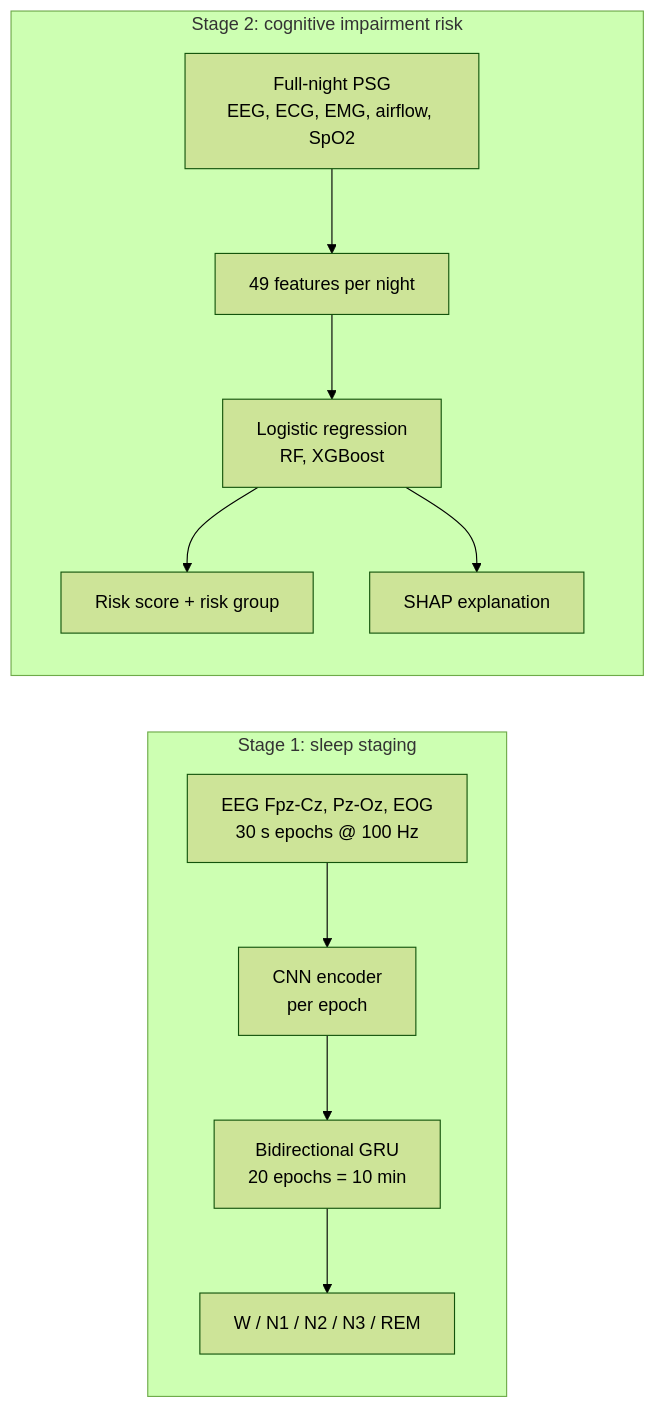
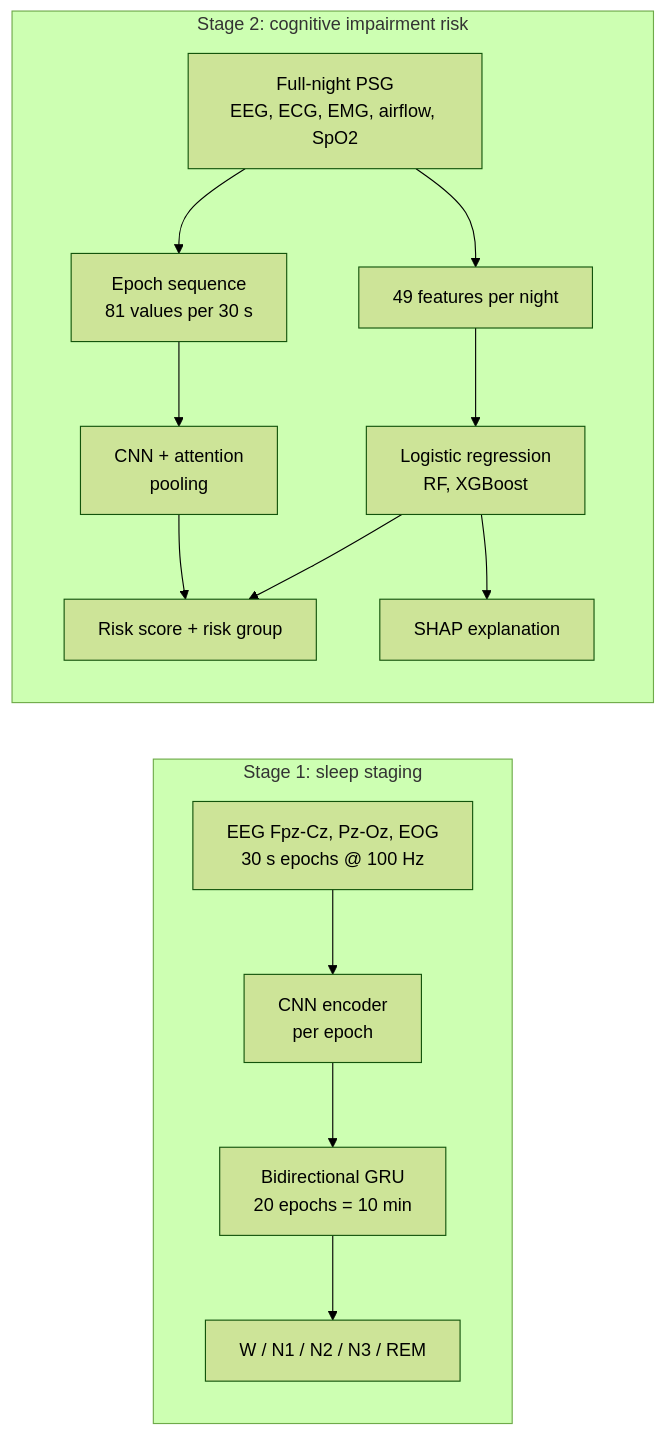
Before and after one commit to Omkar123puri5678/AIagent: the diagram in README.md, drawn with Mermaid (forest theme). The commit also changed other lines of this file and 3 other files, not shown here.

````diff
--- a/README.md
+++ b/README.md
@@ -54,14 +55,16 @@
 ```mermaid
 flowchart LR
     subgraph S1[Stage 1: sleep staging]
         A[EEG Fpz-Cz, Pz-Oz, EOG<br/>30 s epochs @ 100 Hz] --> B[CNN encoder<br/>per epoch]
         B --> C[Bidirectional GRU<br/>20 epochs = 10 min]
         C --> D[W / N1 / N2 / N3 / REM]
     end
     subgraph S2[Stage 2: cognitive impairment risk]
         E[Full-night PSG<br/>EEG, ECG, EMG, airflow, SpO2] --> F[49 features per night]
         F --> G[Logistic regression<br/>RF, XGBoost]
         G --> H[Risk score + risk group]
+        E --> J[Epoch sequence<br/>81 values per 30 s] --> K[CNN + attention<br/>pooling]
+        K --> H
         G --> I[SHAP explanation]
     end
 ```
````
